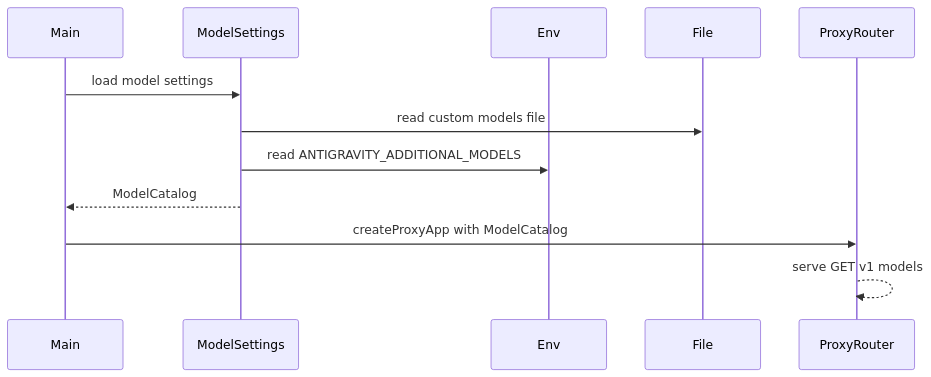
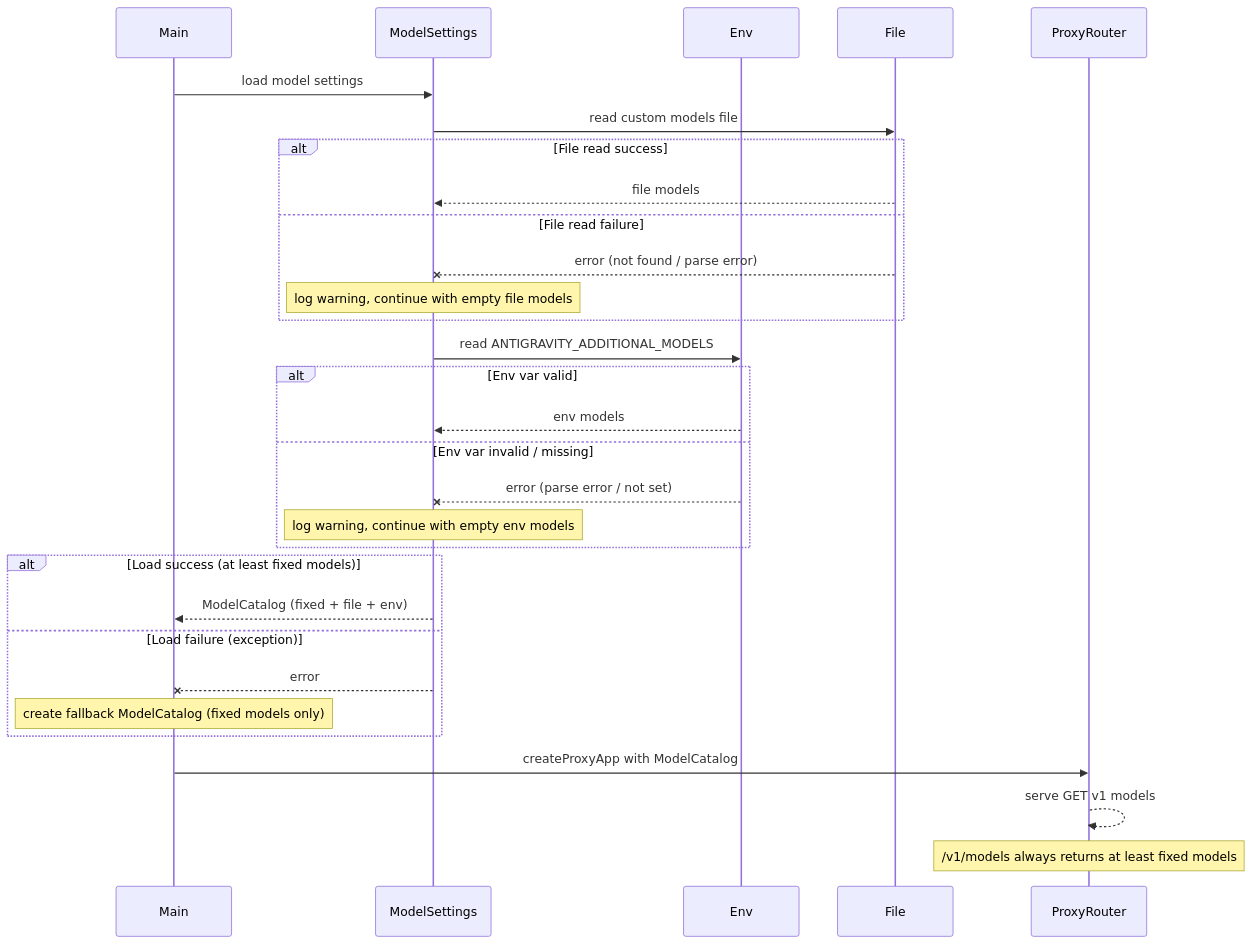
One commit to yohi/codex-antigravity-adapter changed the second of 2 diagrams in .kiro/specs/codex-cli-model-display/design.md. Above: the diagram before and after it, drawn with Mermaid. The commit also changed other lines of this file, not shown here.

Commit message:
docs: codex-cli-model-display の設計ドキュメントを更新

````diff
--- a/.kiro/specs/codex-cli-model-display/design.md
+++ b/.kiro/specs/codex-cli-model-display/design.md
@@ -78,15 +82,33 @@
 ```mermaid
 sequenceDiagram
     participant Main
     participant ModelSettings
     participant Env
     participant File
     participant ProxyRouter
 
     Main->>ModelSettings: load model settings
     ModelSettings->>File: read custom models file
+    alt File read success
+        File-->>ModelSettings: file models
+    else File read failure
+        File--xModelSettings: error (not found / parse error)
+        Note over ModelSettings: log warning, continue with empty file models
+    end
     ModelSettings->>Env: read ANTIGRAVITY_ADDITIONAL_MODELS
-    ModelSettings-->>Main: ModelCatalog
+    alt Env var valid
+        Env-->>ModelSettings: env models
+    else Env var invalid / missing
+        Env--xModelSettings: error (parse error / not set)
+        Note over ModelSettings: log warning, continue with empty env models
+    end
+    alt Load success (at least fixed models)
+        ModelSettings-->>Main: ModelCatalog (fixed + file + env)
+    else Load failure (exception)
+        ModelSettings--xMain: error
+        Note over Main: create fallback ModelCatalog (fixed models only)
+    end
     Main->>ProxyRouter: createProxyApp with ModelCatalog
     ProxyRouter-->>ProxyRouter: serve GET v1 models
+    Note over ProxyRouter: /v1/models always returns at least fixed models
 ```
````
